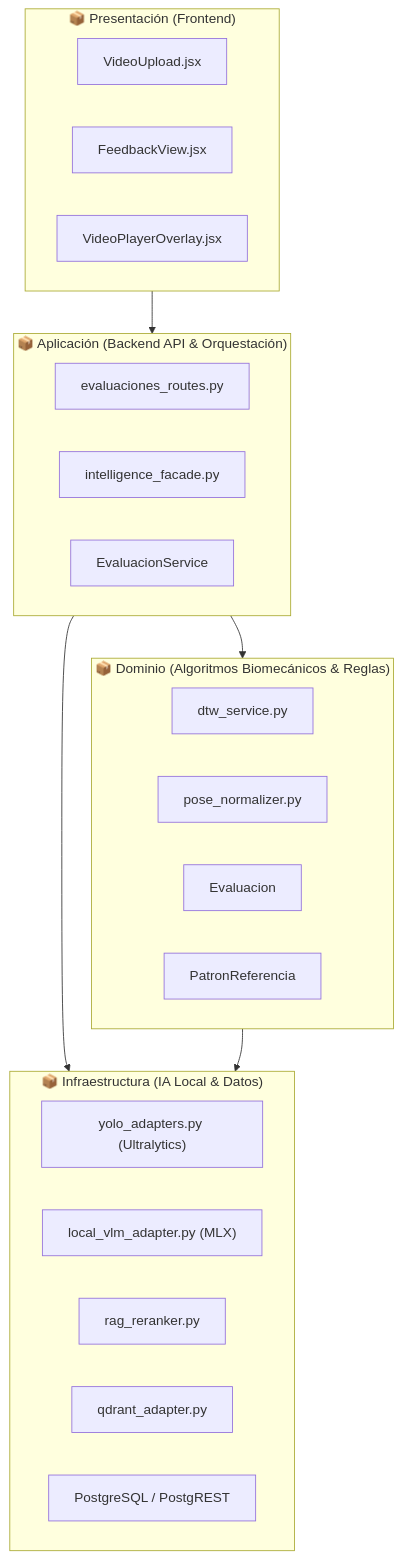
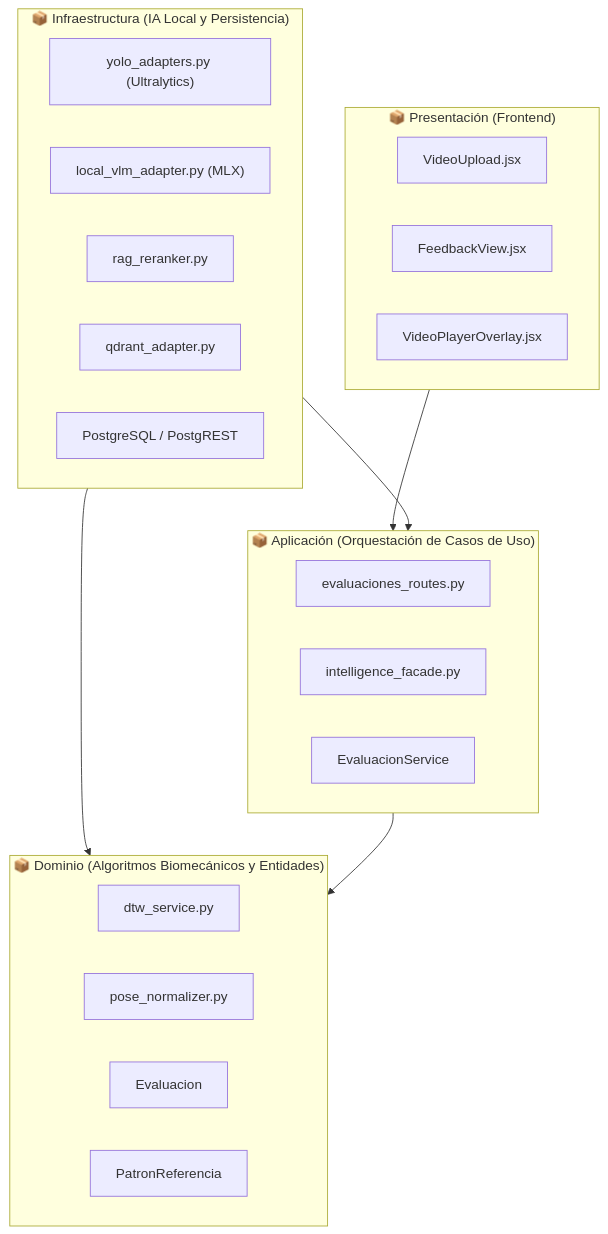
Before and after one commit to Tsmrain/JiuJitsu: the ninth of 37 diagrams in docs/ProyectoGrado.md, drawn with Mermaid. The commit also changed other lines of this file and 17 other files, not shown here.

````diff
--- a/docs/ProyectoGrado.md
+++ b/docs/ProyectoGrado.md
@@ -1622,34 +1573,34 @@
 ```mermaid
 graph TD
     subgraph Presentacion ["📦 Presentación (Frontend)"]
         P_Upload["VideoUpload.jsx"]
         P_Feedback["FeedbackView.jsx"]
         P_Player["VideoPlayerOverlay.jsx"]
     end
 
-    subgraph Aplicacion ["📦 Aplicación (Backend API & Orquestación)"]
+    subgraph Aplicacion ["📦 Aplicación (Orquestación de Casos de Uso)"]
         A_Routes["evaluaciones_routes.py"]
         A_Facade["intelligence_facade.py"]
         A_EvalSvc["EvaluacionService"]
     end
 
-    subgraph Dominio ["📦 Dominio (Algoritmos Biomecánicos & Reglas)"]
+    subgraph Dominio ["📦 Dominio (Algoritmos Biomecánicos y Entidades)"]
         D_DTW["dtw_service.py"]
         D_Norm["pose_normalizer.py"]
         D_EntEval["Evaluacion"]
         D_EntPatron["PatronReferencia"]
     end
 
-    subgraph Infraestructura ["📦 Infraestructura (IA Local & Datos)"]
+    subgraph Infraestructura ["📦 Infraestructura (IA Local y Persistencia)"]
         I_YOLO["yolo_adapters.py (Ultralytics)"]
         I_VLM["local_vlm_adapter.py (MLX)"]
         I_RAG["rag_reranker.py"]
         I_Qdrant["qdrant_adapter.py"]
         I_PG["PostgreSQL / PostgREST"]
     end
 
     Presentacion --> Aplicacion
+    Infraestructura --> Aplicacion
+    Infraestructura --> Dominio
     Aplicacion --> Dominio
-    Aplicacion --> Infraestructura
-    Dominio --> Infraestructura
 ```
````
